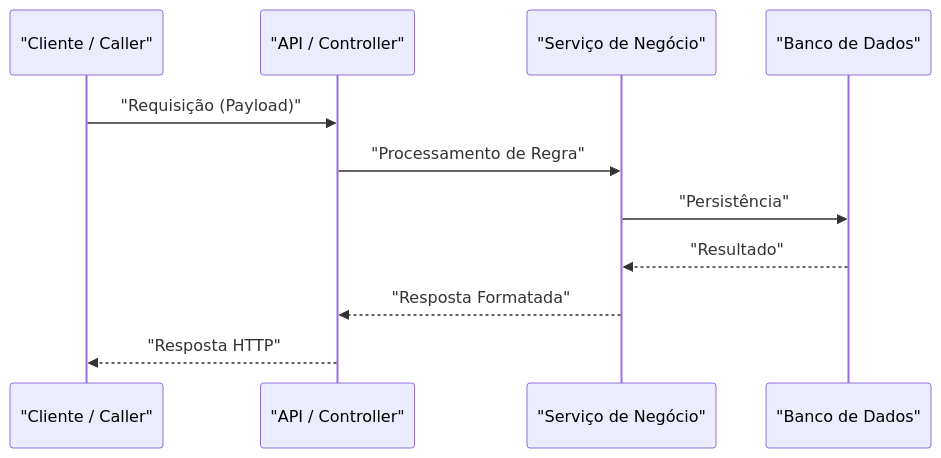
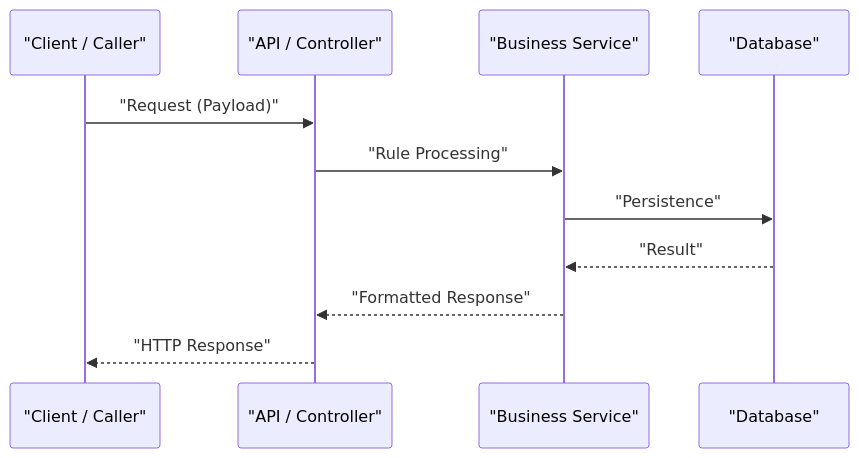
Before and after one commit to MarcosVeniciu/antigravity-agentic-workflows: the diagram in skills/artefatos/resources/template_artefatos.md, drawn with Mermaid. The commit also changed other lines of this file and 68 other files, not shown here.

````diff
--- a/skills/artefatos/resources/template_artefatos.md
+++ b/skills/artefatos/resources/template_artefatos.md
@@ -43,15 +43,15 @@
 ```mermaid
 sequenceDiagram
-    participant Client as "Cliente / Caller"
+    participant Client as "Client / Caller"
     participant API as "API / Controller"
-    participant Service as "Serviço de Negócio"
-    participant Database as "Banco de Dados"
+    participant Service as "Business Service"
+    participant Database as "Database"
     
-    Client->>API: "Requisição (Payload)"
-    API->>Service: "Processamento de Regra"
-    Service->>Database: "Persistência"
-    Database-->>Service: "Resultado"
-    Service-->>API: "Resposta Formatada"
-    API-->>Client: "Resposta HTTP"
+    Client->>API: "Request (Payload)"
+    API->>Service: "Rule Processing"
+    Service->>Database: "Persistence"
+    Database-->>Service: "Result"
+    Service-->>API: "Formatted Response"
+    API-->>Client: "HTTP Response"
 
 ```
````
